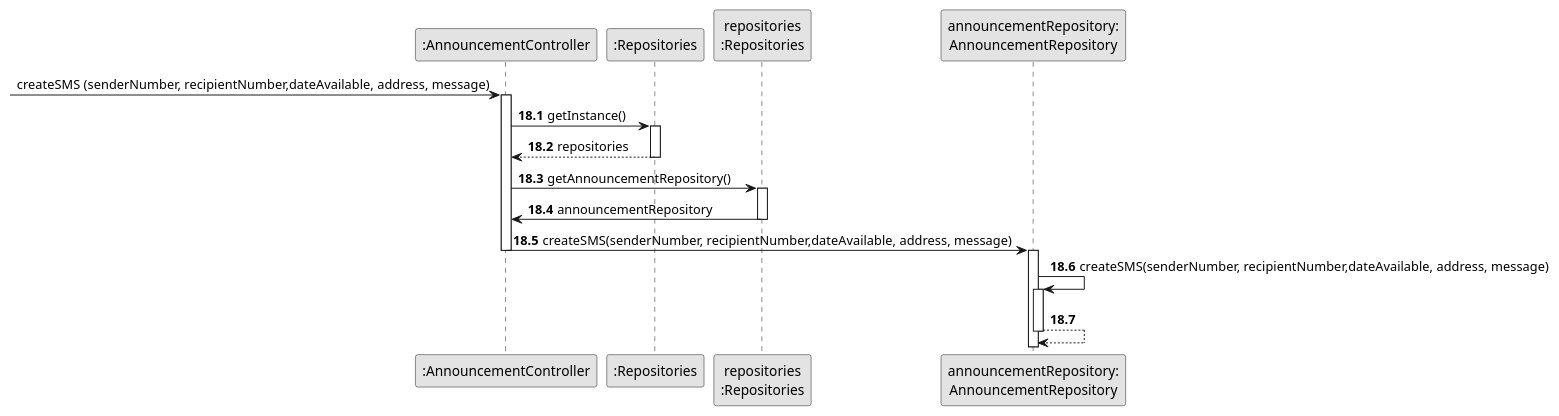
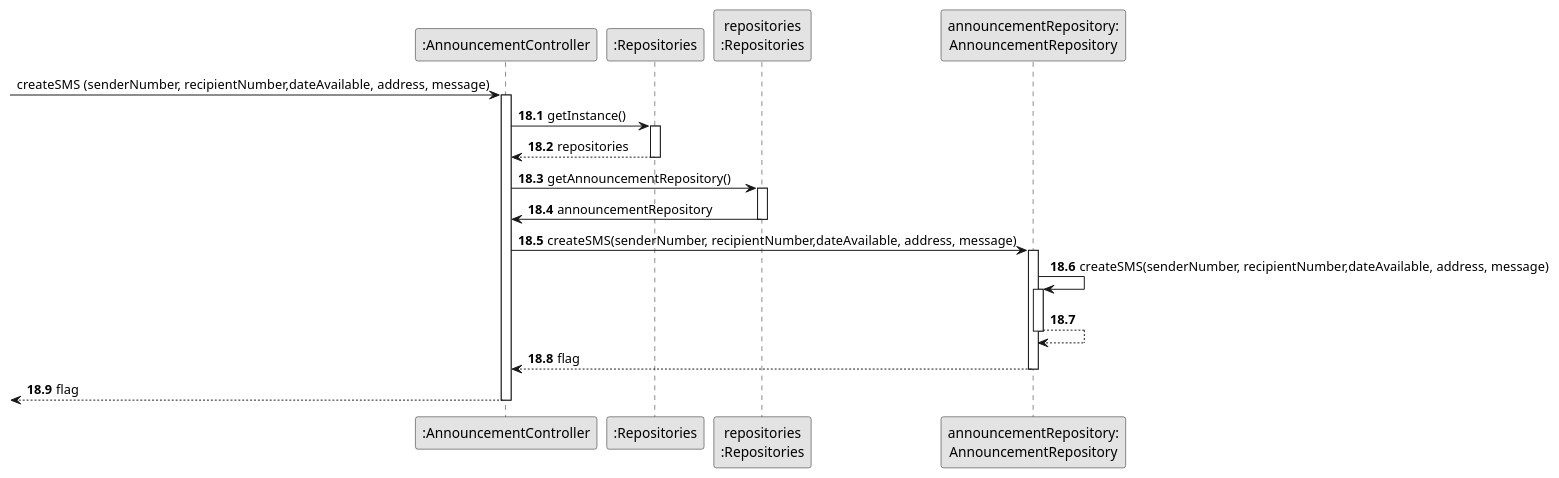
Before and after one commit to Shushizinho/RealEstateUSASystem: the diagram in docs/sprintD/us002/03.design/puml/us002-sequence-diagram-partial-create-sms.puml, drawn with PlantUML. The commit also changed 28 other files, not shown here.

```diff
--- a/docs/sprintD/us002/03.design/puml/us002-sequence-diagram-partial-create-sms.puml
+++ b/docs/sprintD/us002/03.design/puml/us002-sequence-diagram-partial-create-sms.puml
@@ -1,50 +1,63 @@
 @startuml
 skinparam monochrome true
 skinparam packageStyle rectangle
 skinparam shadowing false
 
 
 
 'hide footbox
 participant ":AnnouncementController" as CTRL
 participant ":Repositories" as RepositorySingleton
 participant "repositories\n:Repositories" as PLAT
 participant "announcementRepository:\nAnnouncementRepository" as AR
 
 
 
      -> CTRL: createSMS (senderNumber, recipientNumber,dateAvailable, address, message)
 
     activate CTRL
     autonumber 18.1
 
             CTRL -> RepositorySingleton : getInstance()
                                     activate RepositorySingleton
 
                                         RepositorySingleton --> CTRL: repositories
                                     deactivate RepositorySingleton
 
                                     CTRL -> PLAT : getAnnouncementRepository()
                                     activate PLAT
 
                                         PLAT -> CTRL : announcementRepository
                                     deactivate PLAT
 
                                      CTRL -> AR: createSMS(senderNumber, recipientNumber,dateAvailable, address, message)
-                                     deactivate CTRL
+
                                       activate AR
 
                                              AR -> AR: createSMS(senderNumber, recipientNumber,dateAvailable, address, message)
-                                                                        activate AR
+                                            activate AR
 
 
 
-                                                                        AR --> AR
-                                                                        deactivate AR
+                                            AR --> AR
+
+
+                                            deactivate AR
+                                             AR--> CTRL : flag
+
+
+                                             deactivate AR
+
+                                             <--- CTRL : flag
+
+                                             deactivate CTRL
+
+
+
 
 
 
 
 
 
 @enduml
```
